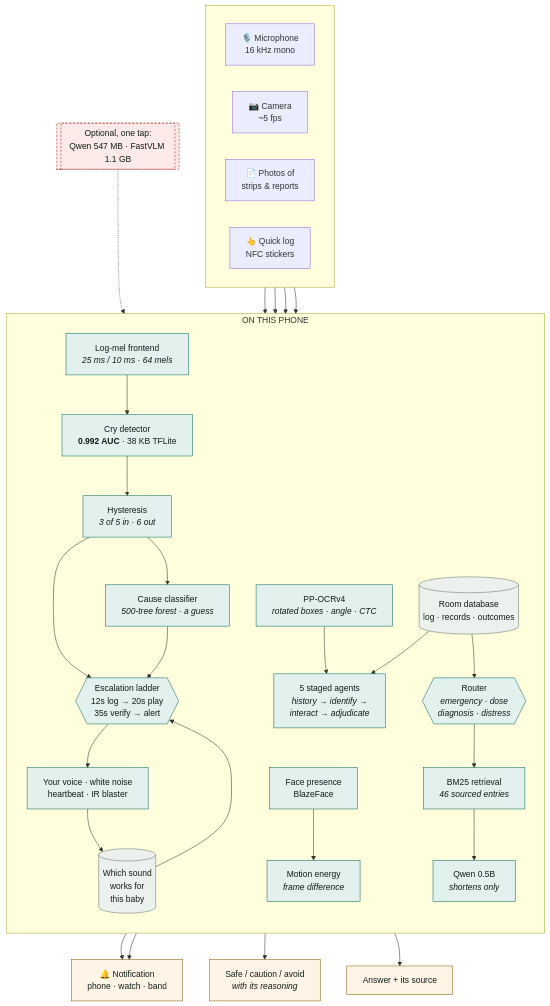
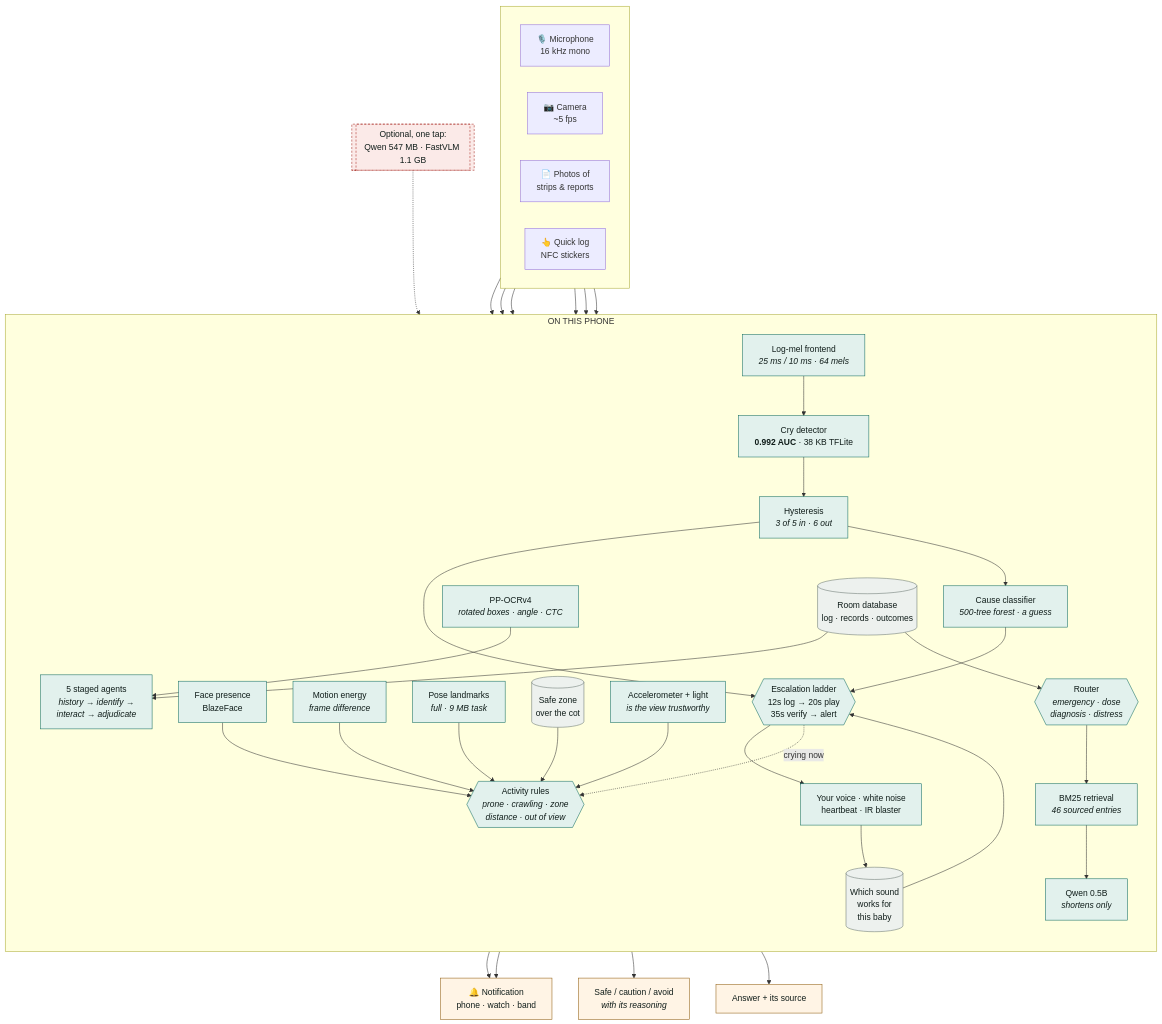
One commit to nandini-kuppala/Nila changed the diagram in README.md. Above: the diagram before and after it, drawn with Mermaid. The commit also changed other lines of this file and 23 other files, not shown here.

````diff
--- a/README.md
+++ b/README.md
@@ -109,62 +121,71 @@
 ```mermaid
 flowchart TB
     subgraph inputs [" "]
         direction LR
         MIC["🎙️ Microphone<br/>16 kHz mono"]
         CAM["📷 Camera<br/>~5 fps"]
         DOC["📄 Photos of<br/>strips &amp; reports"]
         TAP["👆 Quick log<br/>NFC stickers"]
     end
 
     subgraph device ["ON THIS PHONE"]
         direction TB
 
         FE["Log-mel frontend<br/><i>25 ms / 10 ms · 64 mels</i>"]
         DET["Cry detector<br/><b>0.992 AUC</b> · 38 KB TFLite"]
         HYS["Hysteresis<br/><i>3 of 5 in · 6 out</i>"]
         RF["Cause classifier<br/><i>500-tree forest · a guess</i>"]
 
         LADDER{{"Escalation ladder<br/>12s log → 20s play<br/>35s verify → alert"}}
         SOOTHE["Your voice · white noise<br/>heartbeat · IR blaster"]
         MEM[("Which sound<br/>works for<br/>this baby")]
 
         FACE["Face presence<br/>BlazeFace"]
         MOT["Motion energy<br/><i>frame difference</i>"]
+        POSE["Pose landmarks<br/><i>full · 9 MB task</i>"]
+        ACT{{"Activity rules<br/><i>prone · crawling · zone<br/>distance · out of view</i>"}}
+        SENS["Accelerometer + light<br/><i>is the view trustworthy</i>"]
+        ZONE[("Safe zone<br/>over the cot")]
 
         OCR["PP-OCRv4<br/><i>rotated boxes · angle · CTC</i>"]
         AGENTS["5 staged agents<br/><i>history → identify →<br/>interact → adjudicate</i>"]
 
         ROUTE{{"Router<br/><i>emergency · dose<br/>diagnosis · distress</i>"}}
         BM25["BM25 retrieval<br/><i>46 sourced entries</i>"]
         LLM["Qwen 0.5B<br/><i>shortens only</i>"]
 
         DB[("Room database<br/>log · records · outcomes")]
     end
 
     MIC --> FE --> DET --> HYS --> LADDER
     HYS --> RF --> LADDER
     LADDER --> SOOTHE --> MEM --> LADDER
-    CAM --> FACE --> MOT
+    CAM --> FACE --> ACT
+    CAM --> MOT --> ACT
+    CAM --> POSE --> ACT
+    ZONE --> ACT
+    SENS --> ACT
     DOC --> OCR --> AGENTS
     TAP --> DB
     DB --> AGENTS
     DB --> ROUTE
     ROUTE --> BM25 --> LLM
 
     LADDER --> ALERT["🔔 Notification<br/>phone · watch · band"]
-    MOT --> ALERT
+    ACT --> ALERT
+    LADDER -.->|"crying now"| ACT
     AGENTS --> VERDICT["Safe / caution / avoid<br/><i>with its reasoning</i>"]
     LLM --> ANSWER["Answer + its source"]
 
     NET[["Optional, one tap:<br/>Qwen 547 MB · FastVLM 1.1 GB"]]
     NET -.-> LLM
 
     classDef box fill:#E2F1ED,stroke:#0F6B60,stroke-width:1px,color:#101D1A
     classDef out fill:#FFF4E5,stroke:#8F5C0E,color:#101D1A
     classDef net fill:#FBEAE8,stroke:#A6231C,stroke-dasharray:4 3,color:#101D1A
     classDef store fill:#EDF1EE,stroke:#68746F,color:#101D1A
-    class FE,DET,HYS,RF,LADDER,SOOTHE,FACE,MOT,OCR,AGENTS,ROUTE,BM25,LLM box
+    class FE,DET,HYS,RF,LADDER,SOOTHE,FACE,MOT,POSE,ACT,SENS,OCR,AGENTS,ROUTE,BM25,LLM box
     class ALERT,VERDICT,ANSWER out
     class NET net
-    class DB,MEM store
+    class DB,MEM,ZONE store
 ```
````
